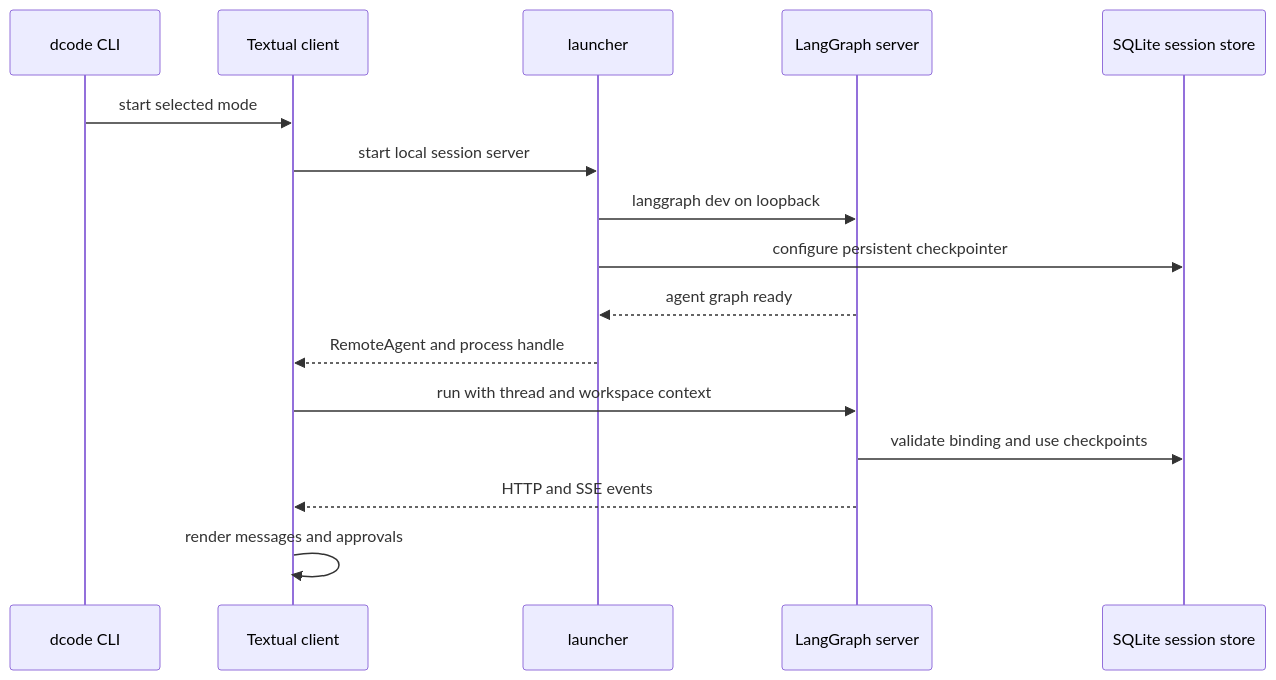
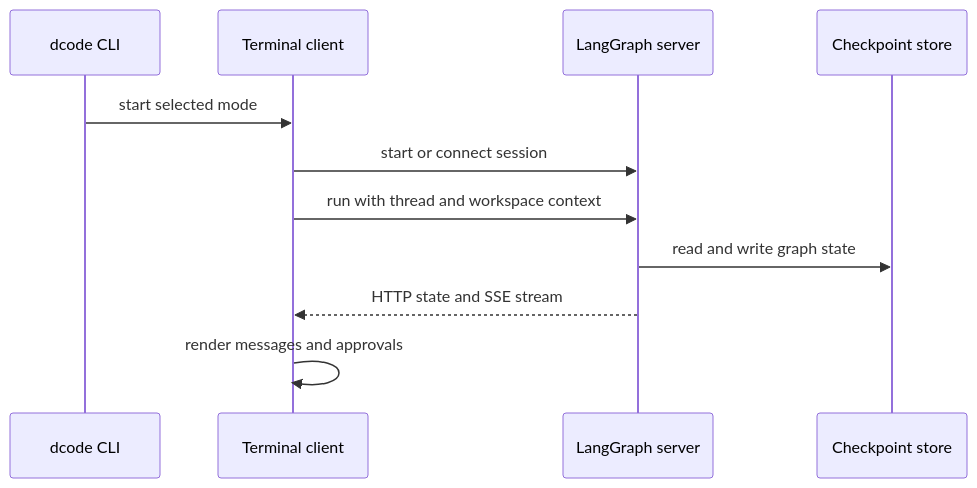
One commit to langchain-ai/deepagents changed the first of 2 diagrams in openwiki/architecture/code-agent.md. Above: the diagram before and after it, drawn with Mermaid. The commit also changed other lines of this file and 35 other files, not shown here.

````diff
--- a/openwiki/architecture/code-agent.md
+++ b/openwiki/architecture/code-agent.md
@@ -53,18 +57,13 @@
 ```mermaid
 sequenceDiagram
     participant CLI as dcode CLI
-    participant UI as Textual client
-    participant Launch as launcher
+    participant Client as Terminal client
     participant Server as LangGraph server
-    participant Store as SQLite session store
-    CLI->>UI: start selected mode
-    UI->>Launch: start local session server
-    Launch->>Server: langgraph dev on loopback
-    Launch->>Store: configure persistent checkpointer
-    Server-->>Launch: agent graph ready
-    Launch-->>UI: RemoteAgent and process handle
-    UI->>Server: run with thread and workspace context
-    Server->>Store: validate binding and use checkpoints
-    Server-->>UI: HTTP and SSE events
-    UI->>UI: render messages and approvals
+    participant Store as Checkpoint store
+    CLI->>Client: start selected mode
+    Client->>Server: start or connect session
+    Client->>Server: run with thread and workspace context
+    Server->>Store: read and write graph state
+    Server-->>Client: HTTP state and SSE stream
+    Client->>Client: render messages and approvals
 ```
````
